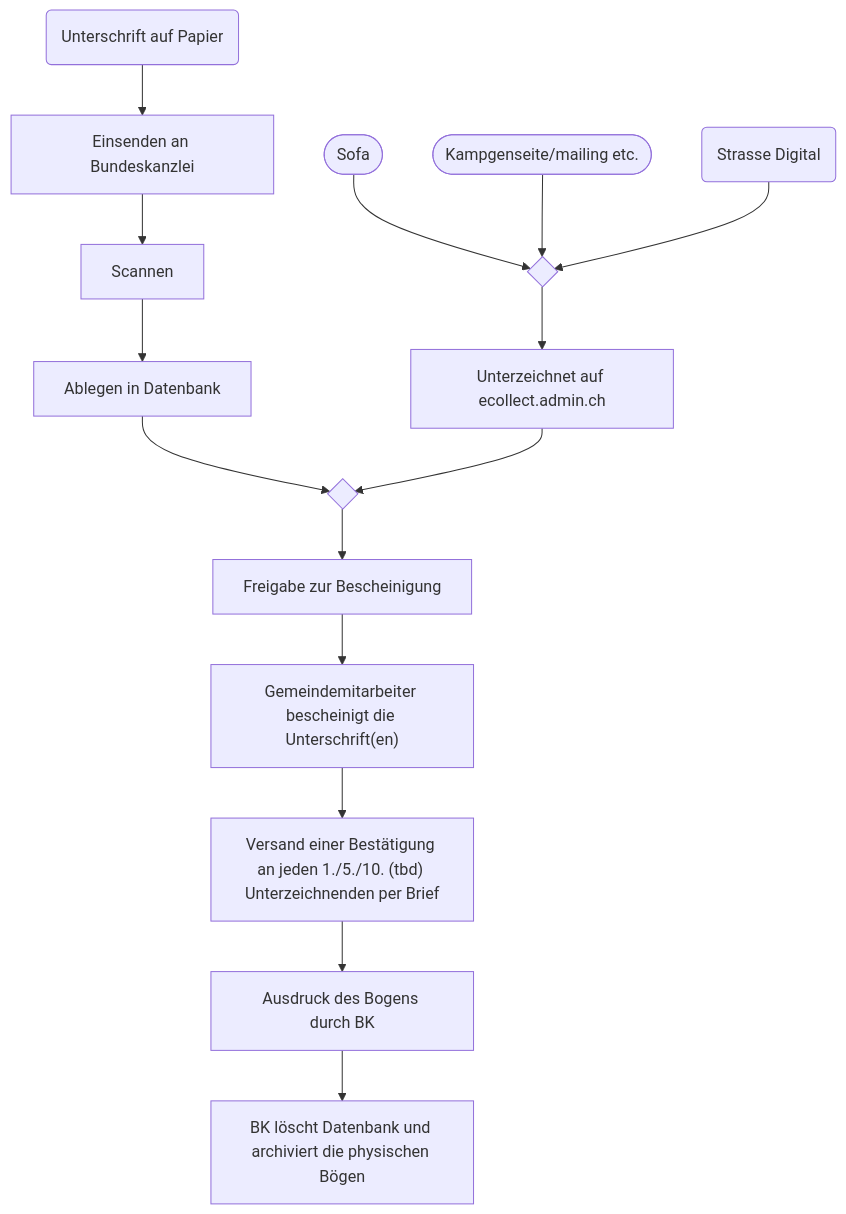
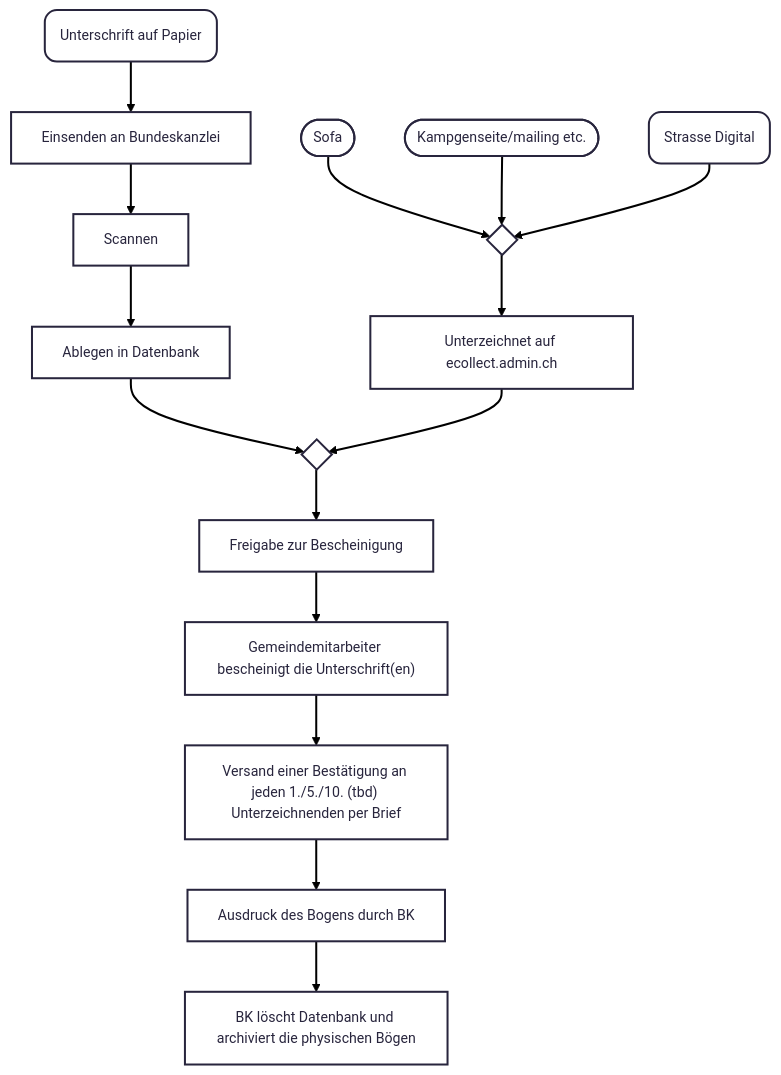
Before and after one commit to swiss/e-collecting-hackathon-team5: the first of 2 diagrams in README.md, drawn with Mermaid. The commit also changed other lines of this file, not shown here.

````diff
--- a/README.md
+++ b/README.md
@@ -24,25 +24,29 @@
 ```mermaid
+---
+config:
+  theme: redux
+---
 flowchart TD
     A(["Sofa"]) --> B{" "}
     B --> C["Unterzeichnet auf ecollect.admin.ch"]
     n4(["Kampgenseite/mailing etc."]) --> B
     n2["Strasse Digital"] --> B
     n5["Unterschrift auf Papier"] --> n6["Einsenden an Bundeskanzlei"]
     n6 --> n7["Scannen"]
     n7 --> n8["Ablegen in Datenbank"]
     n8 --> n9[" "]
     n9 --> n10["Freigabe zur Bescheinigung"]
     C --> n9
     n10 --> n11["Gemeindemitarbeiter bescheinigt die Unterschrift(en)"]
     n11 --> n12["Versand einer Bestätigung an jeden 1./5./10. (tbd) Unterzeichnenden per Brief"]
     n12 --> n13["Ausdruck des Bogens durch BK"]
     n13 --> n14["BK löscht Datenbank und archiviert die physischen Bögen"]
     n2@{ shape: rounded}
     n5@{ shape: rounded}
     n6@{ shape: rect}
     n7@{ shape: rect}
     n9@{ shape: diam}
     n11@{ shape: rect}
     n12@{ shape: rect}
     n13@{ shape: rect}
 ```
````
